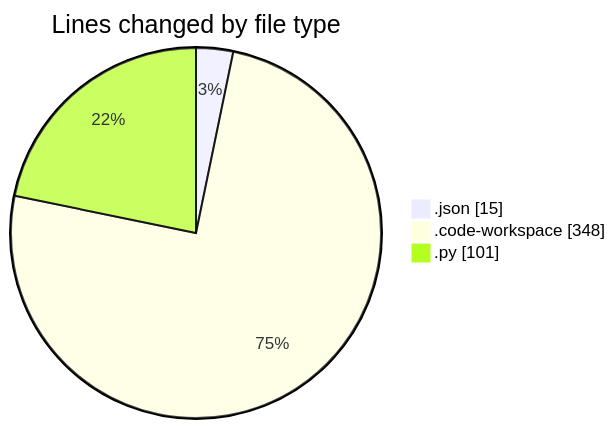
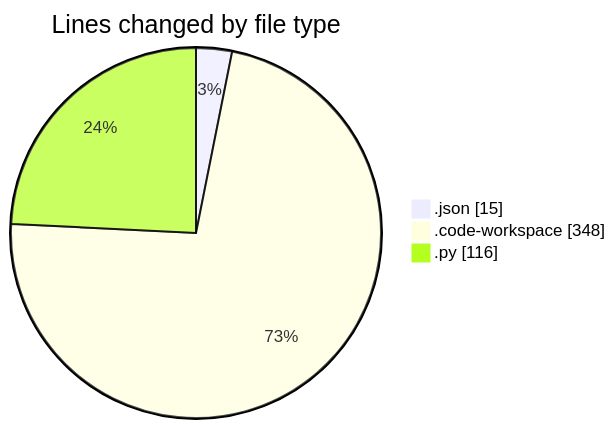
Before and after one commit to MatusMokan/code-tracking: the first of 2 diagrams in 2025-02-25/myws__workspace_/README.md, drawn with Mermaid. The commit also changed other lines of this file and 1 other file, not shown here.

````diff
--- a/2025-02-25/myws__workspace_/README.md
+++ b/2025-02-25/myws__workspace_/README.md
@@ -22,7 +22,7 @@
 ```mermaid
 pie showData
 title Lines changed by file type
 ".json" : 15
 ".code-workspace" : 348
-".py" : 101
+".py" : 116
 ```
````
